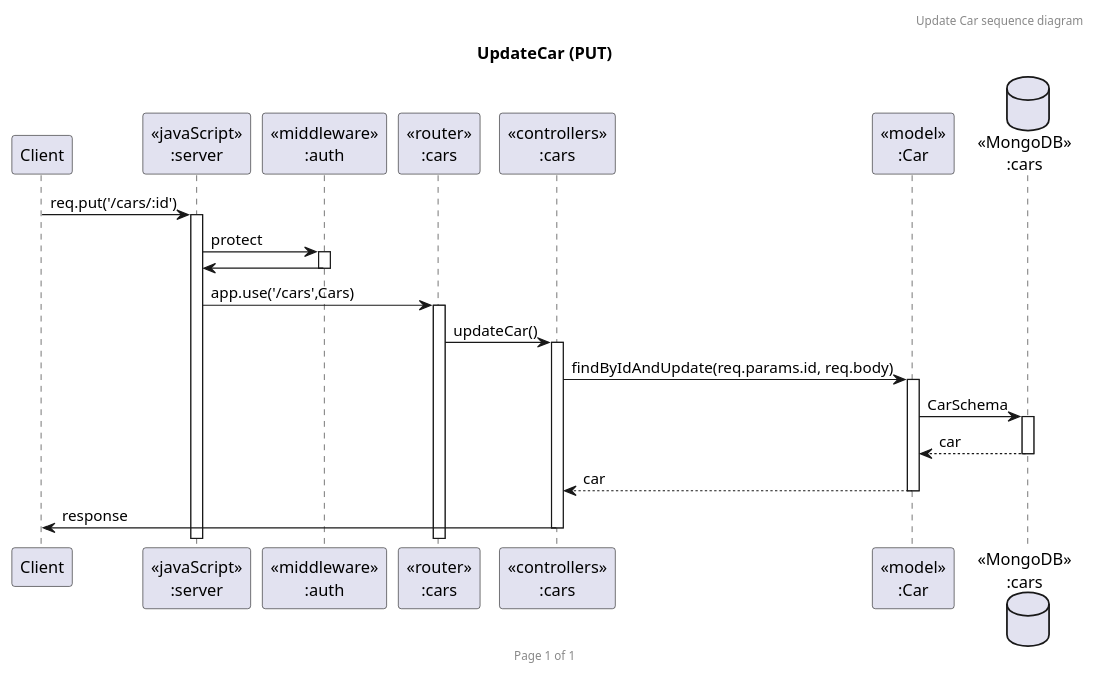
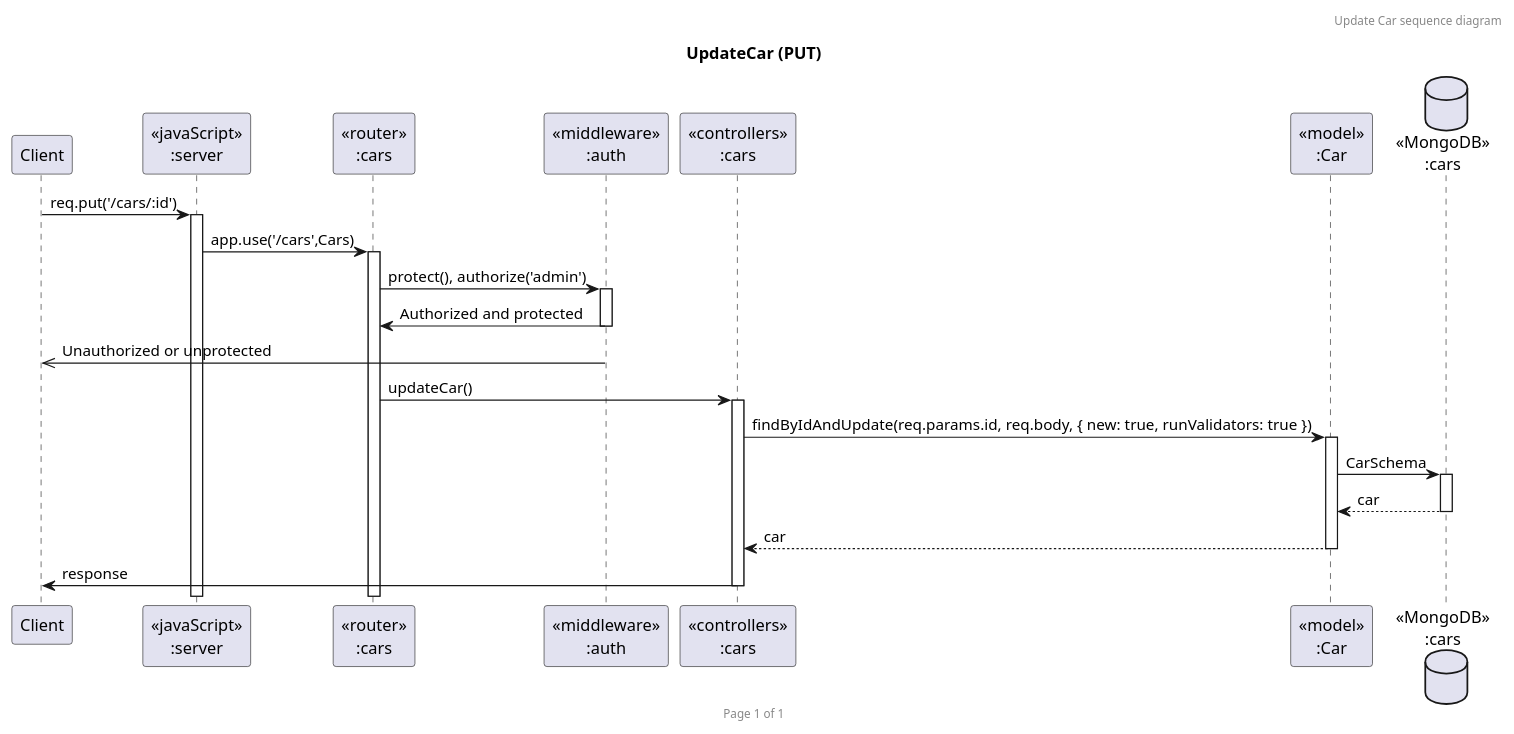
One commit to 2110503TACEDT66/presentation-day-1-samrongsquad changed the diagram in Puml/UpdateCar.puml. Above: the diagram before and after it, drawn with PlantUML. The commit also changed 9 other files, not shown here.

```diff
--- a/Puml/UpdateCar.puml
+++ b/Puml/UpdateCar.puml
@@ -1,26 +1,27 @@
 @startuml UpdateCar (PUT)
 
 header Update Car sequence diagram
 footer Page %page% of %lastpage%
 title "UpdateCar (PUT)"
 
 participant "Client" as client
 participant "<<javaScript>>\n:server" as server
+participant "<<router>>\n:cars" as routerCars
 participant "<<middleware>>\n:auth" as middlewareAuth
-participant "<<router>>\n:cars" as routerCars
 participant "<<controllers>>\n:cars" as controllersCars
 participant "<<model>>\n:Car" as modelCar
 database "<<MongoDB>>\n:cars" as CarsDatabase
 
 client->server ++:req.put('/cars/:id')
-server->middlewareAuth ++: protect
-middlewareAuth->server --:
 server->routerCars ++:app.use('/cars',Cars)
+routerCars->middlewareAuth ++: protect(), authorize('admin')
+middlewareAuth->routerCars --: Authorized and protected
+middlewareAuth ->> client --: Unauthorized or unprotected
 routerCars -> controllersCars ++:updateCar()
-controllersCars->modelCar ++:findByIdAndUpdate(req.params.id, req.body)
+controllersCars->modelCar ++:findByIdAndUpdate(req.params.id, req.body, { new: true, runValidators: true })
 modelCar ->CarsDatabase ++: CarSchema
 CarsDatabase --> modelCar --: car
 controllersCars <-- modelCar --:car
 controllersCars->client --:response
 
 @enduml
```
